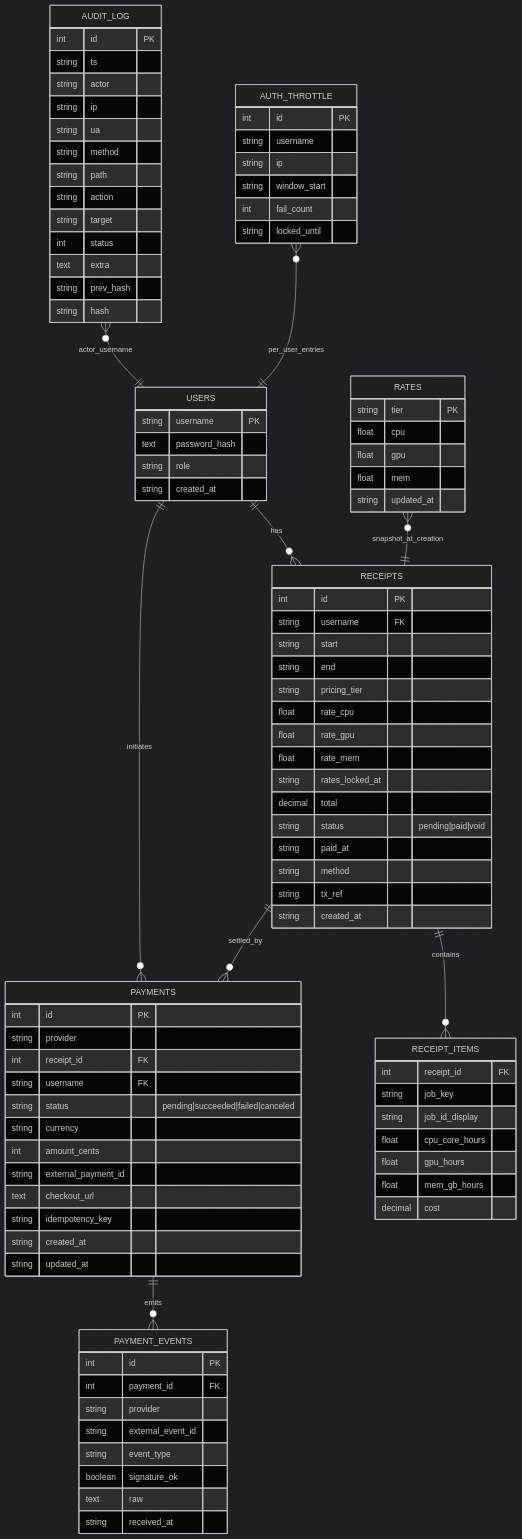
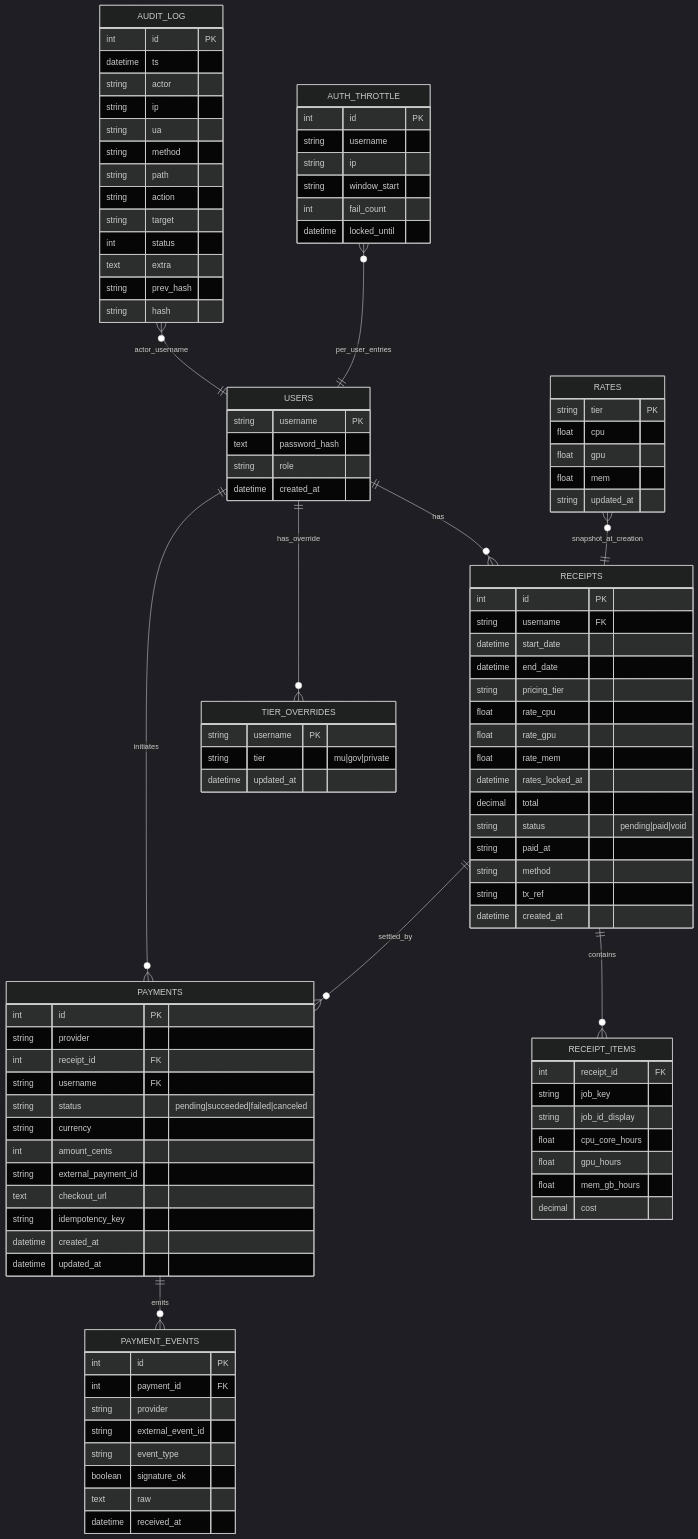
One commit to Purinat33/hpc_flask changed the first of 4 diagrams in docs/03-data-model.md. Above: the diagram before and after it, drawn with Mermaid (dark theme). The commit also changed other lines of this file and 4 other files, not shown here.

````diff
--- a/docs/03-data-model.md
+++ b/docs/03-data-model.md
@@ -10,6 +10,7 @@
 erDiagram
   USERS ||--o{ RECEIPTS : has
   USERS ||--o{ PAYMENTS : initiates
+  USERS ||--o{ TIER_OVERRIDES : has_override
   RECEIPTS ||--o{ RECEIPT_ITEMS : contains
   PAYMENTS ||--o{ PAYMENT_EVENTS : emits
   RATES }o--|| RECEIPTS : snapshot_at_creation
@@ -21,7 +22,7 @@
     string username PK
     text   password_hash
     string role
-    string created_at
+    datetime created_at
   }
 
   RATES {
@@ -35,19 +36,19 @@
   RECEIPTS {
     int    id PK
     string username FK
-    string start
-    string end
+    datetime start_date
+    datetime end_date
     string pricing_tier
     float  rate_cpu
     float  rate_gpu
     float  rate_mem
-    string rates_locked_at
+    datetime rates_locked_at
     decimal total
     string status        "pending|paid|void"
     string paid_at
     string method
     string tx_ref
-    string created_at
+    datetime created_at
   }
 
   RECEIPT_ITEMS {
@@ -71,8 +72,8 @@
     string external_payment_id
     text   checkout_url
     string idempotency_key
-    string created_at
-    string updated_at
+    datetime created_at
+    datetime updated_at
   }
 
   PAYMENT_EVENTS {
@@ -83,7 +84,7 @@
     string event_type
     boolean signature_ok
     text   raw
-    string received_at
+    datetime received_at
   }
 
   AUTH_THROTTLE {
@@ -92,12 +93,12 @@
     string ip
     string window_start
     int    fail_count
-    string locked_until
+    datetime locked_until
   }
 
   AUDIT_LOG {
     int    id PK
-    string ts
+    datetime ts
     string actor
     string ip
     string ua
@@ -111,10 +112,17 @@
     string hash
   }
 
+  TIER_OVERRIDES {
+    string username PK
+    string tier "mu|gov|private"
+    datetime updated_at
+  }
+
   %% FKs (comment only):
   %% RECEIPTS.username -> USERS.username
   %% RECEIPT_ITEMS.receipt_id -> RECEIPTS.id
   %% PAYMENTS.receipt_id -> RECEIPTS.id
   %% PAYMENTS.username -> USERS.username
   %% PAYMENT_EVENTS.payment_id -> PAYMENTS.id
+  %% TIER_OVERRIDES.username -> USERS.username
 ```
````
